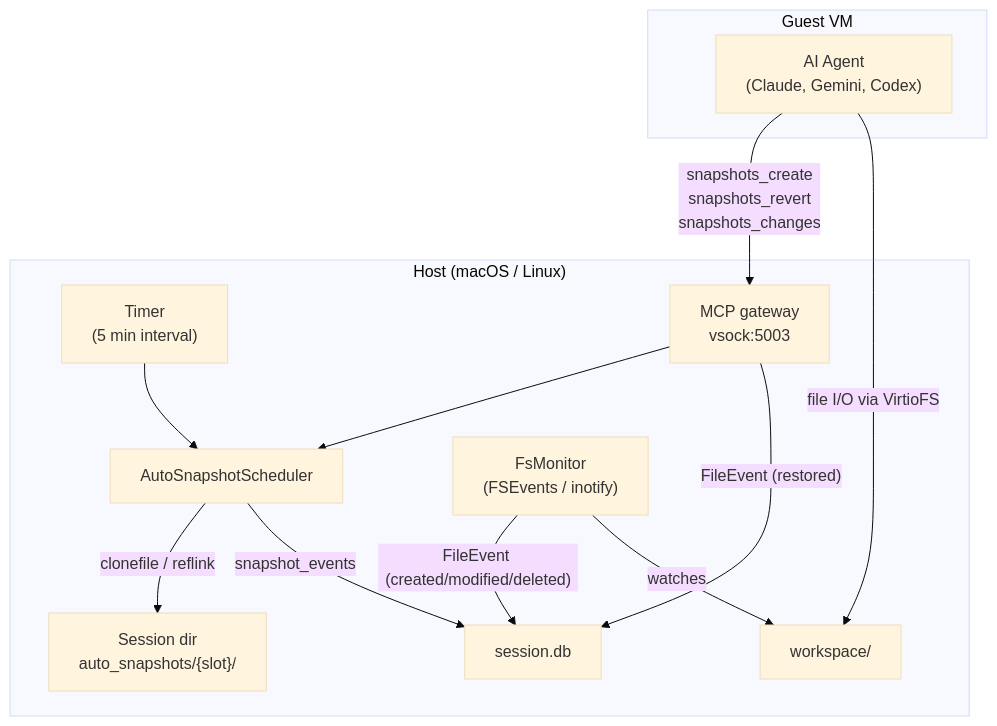
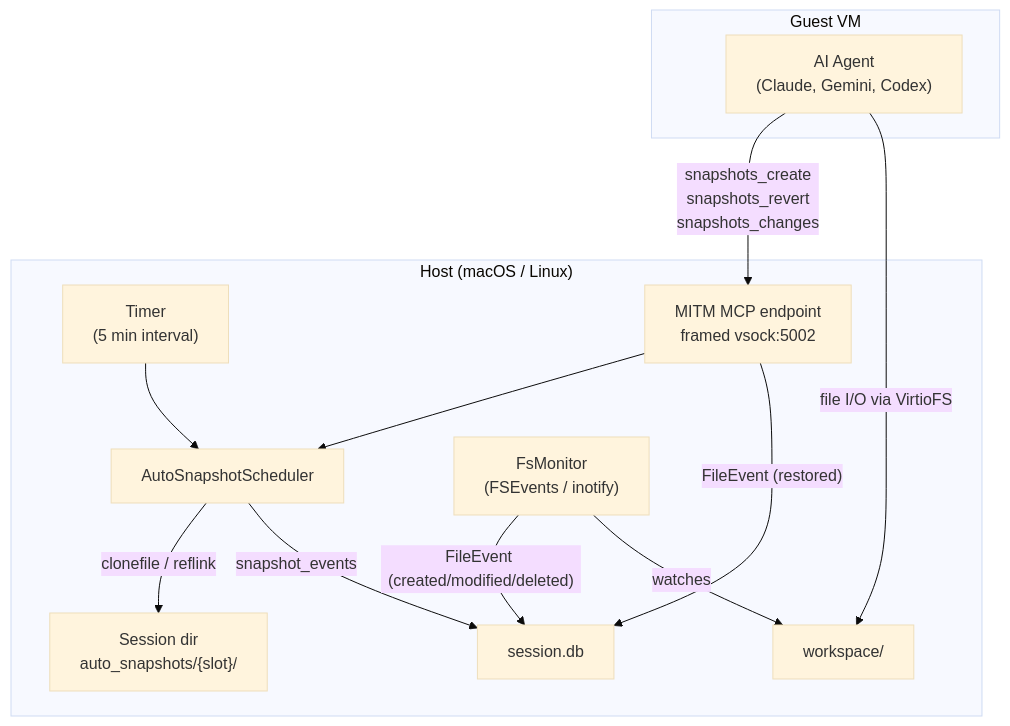
Before and after one commit to google/capsem: the first of 3 diagrams in docs/src/content/docs/architecture/snapshots.md, drawn with Mermaid (base theme). The commit also changed other lines of this file and 552 other files, not shown here.

````diff
--- a/docs/src/content/docs/architecture/snapshots.md
+++ b/docs/src/content/docs/architecture/snapshots.md
@@ -12,26 +12,26 @@
 ```mermaid
 flowchart TB
   subgraph Host["Host (macOS / Linux)"]
     Timer["Timer<br/>(5 min interval)"]
-    MCP["MCP gateway<br/>vsock:5003"]
+    MCP["MITM MCP endpoint<br/>framed vsock:5002"]
     Sched["AutoSnapshotScheduler"]
     FS["Session dir<br/>auto_snapshots/{slot}/"]
     DB["session.db"]
     FM["FsMonitor<br/>(FSEvents / inotify)"]
     WS["workspace/"]
   end
 
   subgraph Guest["Guest VM"]
     Agent["AI Agent<br/>(Claude, Gemini, Codex)"]
   end
 
   Agent -- "snapshots_create<br/>snapshots_revert<br/>snapshots_changes" --> MCP
   MCP --> Sched
   Timer --> Sched
   Sched -- "clonefile / reflink" --> FS
   Sched -- "snapshot_events" --> DB
   MCP -- "FileEvent (restored)" --> DB
   FM -- "FileEvent (created/modified/deleted)" --> DB
   Agent -- "file I/O via VirtioFS" --> WS
   FM -- "watches" --> WS
 ```
````
